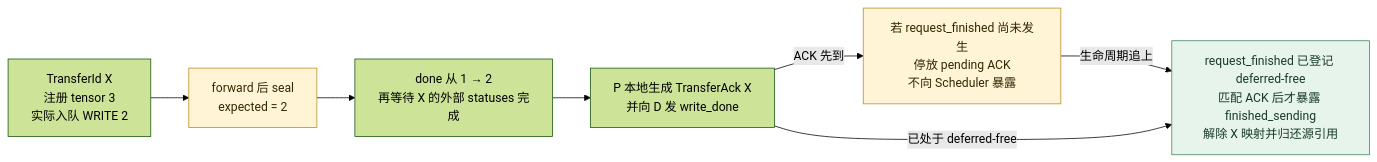
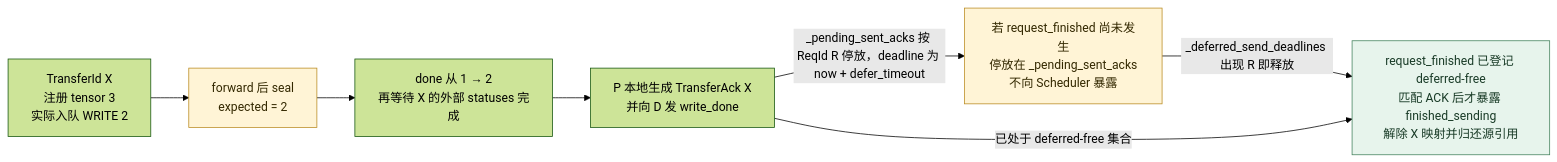
The fourth of 5 diagrams in wiki/02_engineering/03_infer_frameworks/vllm/22_vllm_disaggregated_kv_serving_analysis.md (suhaibo666/llm-knowledge), drawn with Mermaid (forest theme) before and after one commit. The commit also changed other lines of this file and 89 other files, not shown here.

````diff
--- a/wiki/02_engineering/03_infer_frameworks/vllm/22_vllm_disaggregated_kv_serving_analysis.md
+++ b/wiki/02_engineering/03_infer_frameworks/vllm/22_vllm_disaggregated_kv_serving_analysis.md
@@ -155,17 +497,17 @@
 ```mermaid
 flowchart LR
   Q["TransferId X<br/>注册 tensor 3<br/>实际入队 WRITE 2"]
   S["forward 后 seal<br/>expected = 2"]
   W["done 从 1 → 2<br/>再等待 X 的外部 statuses 完成"]
   A["P 本地生成 TransferAck X<br/>并向 D 发 write_done"]
-  E["若 request_finished 尚未发生<br/>停放 pending ACK<br/>不向 Scheduler 暴露"]
+  E["若 request_finished 尚未发生<br/>停放在 _pending_sent_acks<br/>不向 Scheduler 暴露"]
   F["request_finished 已登记 deferred-free<br/>匹配 ACK 后才暴露 finished_sending<br/>解除 X 映射并归还源引用"]
   Q --> S --> W --> A
-  A -->|ACK 先到| E
-  E -->|生命周期追上| F
-  A -->|已处于 deferred-free| F
+  A -->|_pending_sent_acks 按 ReqId R 停放，deadline 为 now + defer_timeout| E
+  E -->|_deferred_send_deadlines 出现 R 即释放| F
+  A -->|已处于 deferred-free 集合| F
   classDef pending fill:#fff4d6,stroke:#ba8b21,color:#332800;
   classDef done fill:#e7f4ec,stroke:#43815c,color:#193b27;
   class S,E pending;
   class F done;
 ```
````
